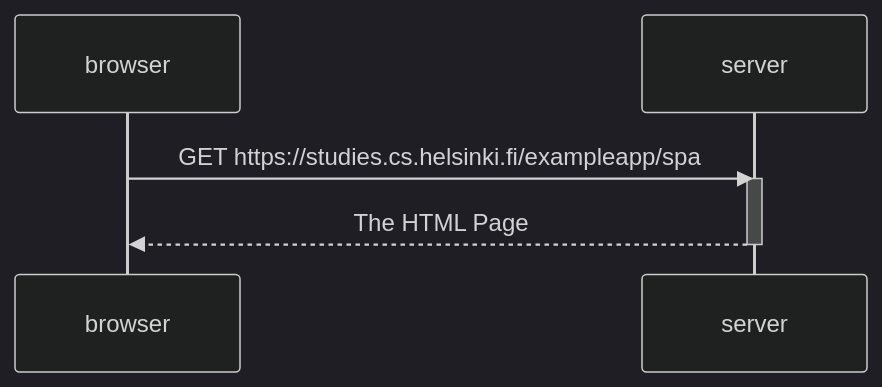
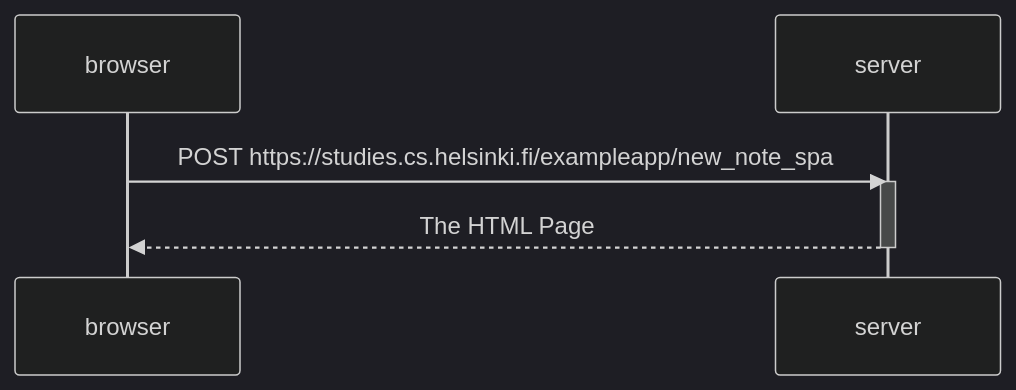
The diagram in 0.6/new_note_spa.md (wasiflamer/FSO-Part0), drawn with Mermaid (dark theme) before and after one commit.

Commit message:
new_lines

````diff
--- a/0.6/new_note_spa.md
+++ b/0.6/new_note_spa.md
@@ -1,11 +1,11 @@
 ```mermaid
 sequenceDiagram
     participant browser
     participant server
 
-    browser->>server: GET https://studies.cs.helsinki.fi/exampleapp/spa
+    browser->>server: POST https://studies.cs.helsinki.fi/exampleapp/new_note_spa
     activate server
     server-->>browser: The HTML Page  
     deactivate server
 
 ```
````
